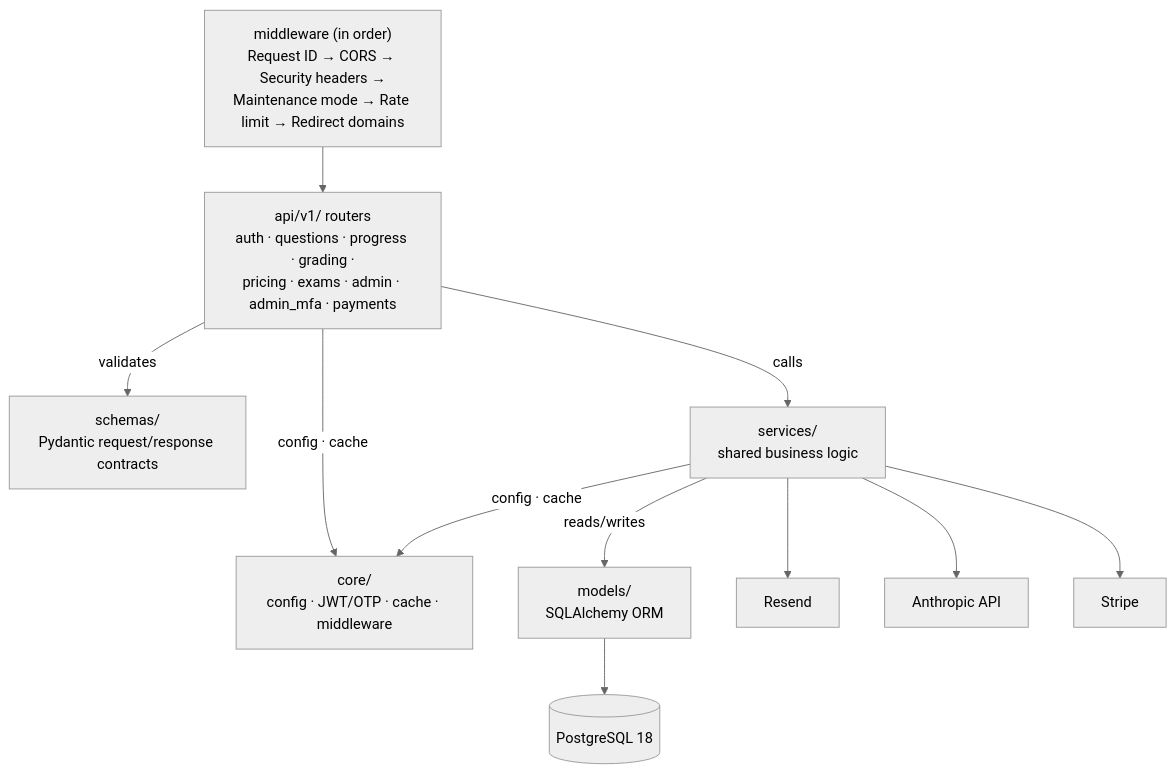
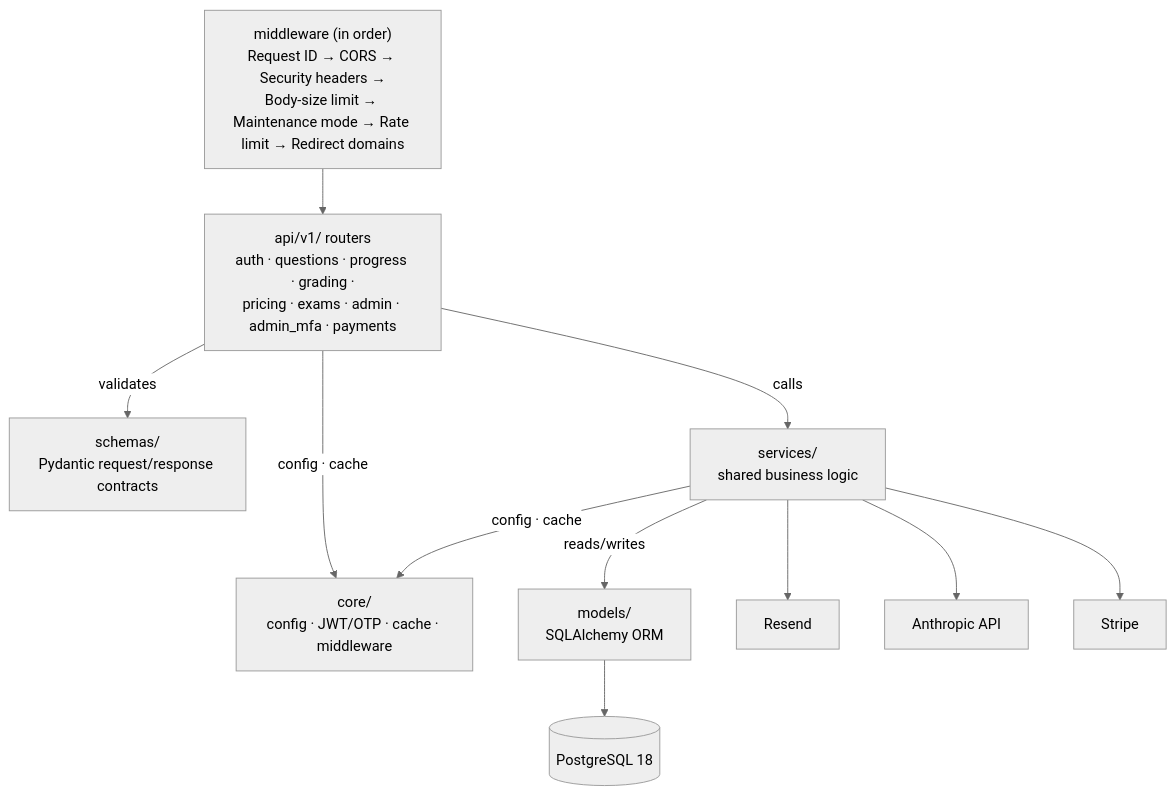
The second of 3 diagrams in docs/ARCHITECTURE.md (berndloeffeld/sks-lotse), drawn with Mermaid (neutral theme) before and after one commit. The commit also changed other lines of this file and 34 other files, not shown here.

Commit message:
Body-size limit, __Host- session cookie, fresh TOTP for export/delete, API CSP, security.txt (#229)

````diff
--- a/docs/ARCHITECTURE.md
+++ b/docs/ARCHITECTURE.md
@@ -68,24 +68,24 @@
 ```mermaid
 graph TD
-    MW["middleware (in order)<br/>Request ID → CORS → Security headers →<br/>Maintenance mode → Rate limit → Redirect domains"]
+    MW["middleware (in order)<br/>Request ID → CORS → Security headers →<br/>Body-size limit → Maintenance mode → Rate limit → Redirect domains"]
     Routers["api/v1/ routers<br/>auth · questions · progress · grading ·<br/>pricing · exams · admin · admin_mfa · payments"]
     Schemas["schemas/<br/>Pydantic request/response contracts"]
     Core["core/<br/>config · JWT/OTP · cache · middleware"]
     Services["services/<br/>shared business logic"]
     Models["models/<br/>SQLAlchemy ORM"]
     DB[(PostgreSQL 18)]
     Resend[Resend]
     Anthropic[Anthropic API]
     Stripe[Stripe]
 
     MW --> Routers
     Routers -- validates --> Schemas
     Routers -- "config · cache" --> Core
     Routers -- calls --> Services
     Services -- "config · cache" --> Core
     Services -- "reads/writes" --> Models
     Models --> DB
     Services --> Resend
     Services --> Anthropic
     Services --> Stripe
 ```
````
